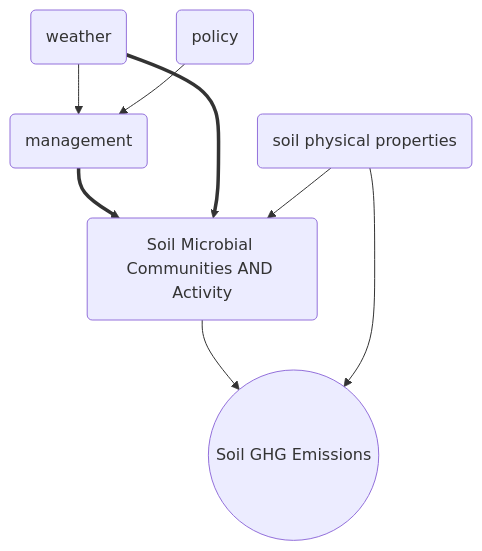
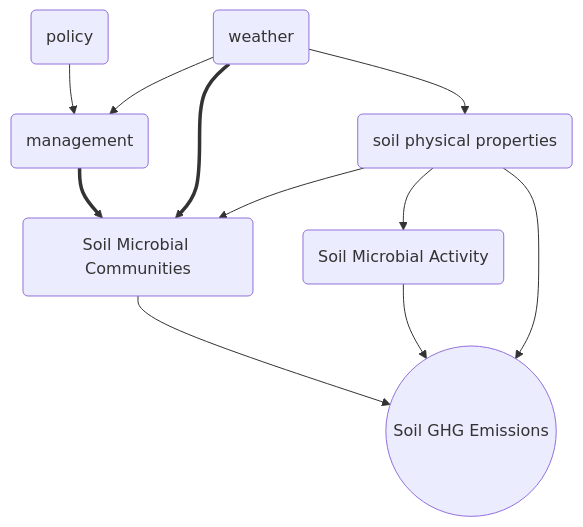
One commit to shiftingblue/Bio381 changed the diagram in Logic Tree.md. Above: the diagram before and after it, drawn with Mermaid. The commit also changed 1 other file, not shown here.

Commit message:
Homework 5 update

````diff
--- a/Logic Tree.md
+++ b/Logic Tree.md
@@ -5,18 +5,22 @@
 ```mermaid
 graph TD
-A(Soil Microbial Communities AND Activity)
+A(Soil Microbial Communities)
+G(Soil Microbial Activity)
 B(weather)
 C(management) 
 D(soil physical properties)
 E(policy)
 F((Soil GHG Emissions))
 
-C ==> A 
+C ==> A
+E --> C
 B ==> A 
 D --> A
+D --> G
 B --> C
-E --> C
+B --> D
 A --> F 
+G --> F 
 D --> F
  
 ```
````
